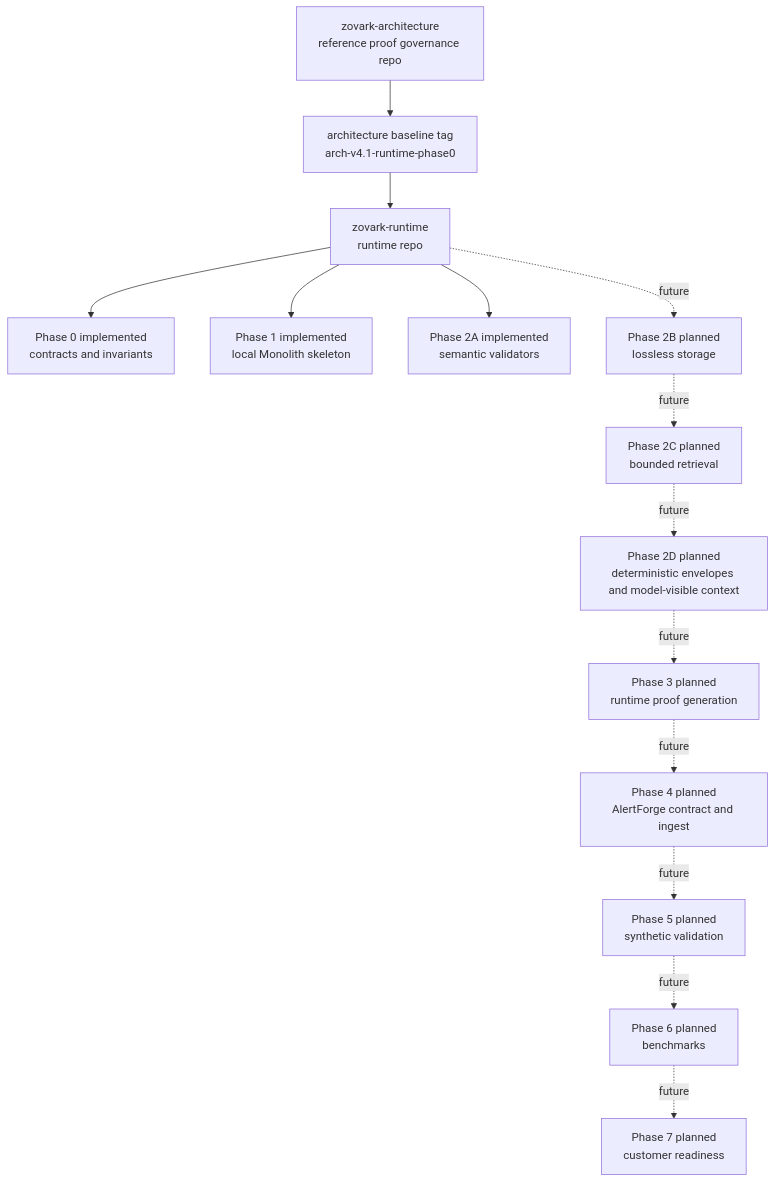
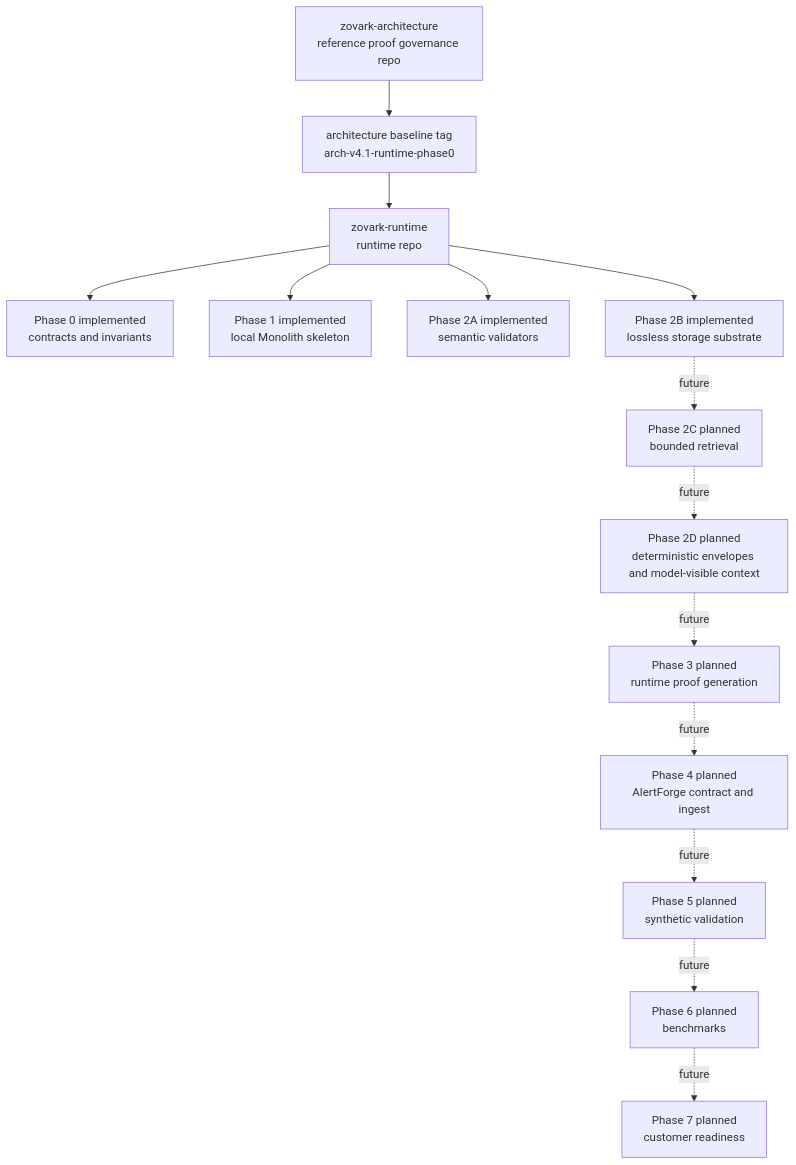
Before and after one commit to 7inaydas-cmyk/zovark-runtime: the first of 2 diagrams in docs/implementation-map.md, drawn with Mermaid. The commit also changed other lines of this file and 18 other files, not shown here.

First line of the commit message:
Add lossless investigation memory storage (#5)

````diff
--- a/docs/implementation-map.md
+++ b/docs/implementation-map.md
@@ -49,18 +49,18 @@
 ```mermaid
 flowchart TD
     A[zovark-architecture<br/>reference proof governance repo] --> B[architecture baseline tag<br/>arch-v4.1-runtime-phase0]
     B --> C[zovark-runtime<br/>runtime repo]
 
     C --> P0[Phase 0 implemented<br/>contracts and invariants]
     C --> P1[Phase 1 implemented<br/>local Monolith skeleton]
     C --> P2A[Phase 2A implemented<br/>semantic validators]
 
-    C -. future .-> P2B[Phase 2B planned<br/>lossless storage]
+    C --> P2B[Phase 2B implemented<br/>lossless storage substrate]
     P2B -. future .-> P2C[Phase 2C planned<br/>bounded retrieval]
     P2C -. future .-> P2D[Phase 2D planned<br/>deterministic envelopes and model-visible context]
     P2D -. future .-> P3[Phase 3 planned<br/>runtime proof generation]
     P3 -. future .-> P4[Phase 4 planned<br/>AlertForge contract and ingest]
     P4 -. future .-> P5[Phase 5 planned<br/>synthetic validation]
     P5 -. future .-> P6[Phase 6 planned<br/>benchmarks]
     P6 -. future .-> P7[Phase 7 planned<br/>customer readiness]
 ```
````
